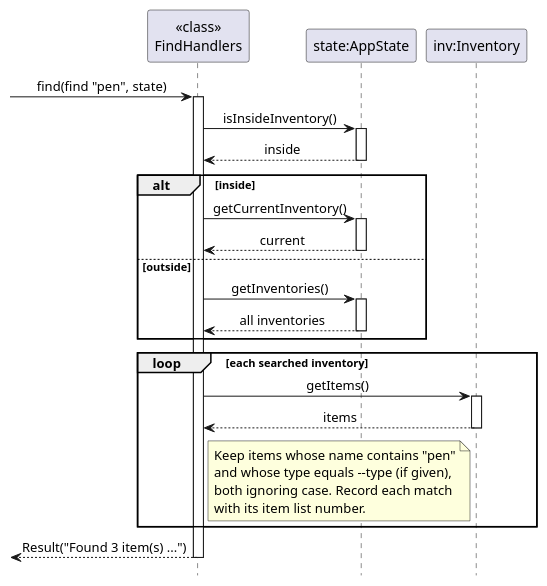
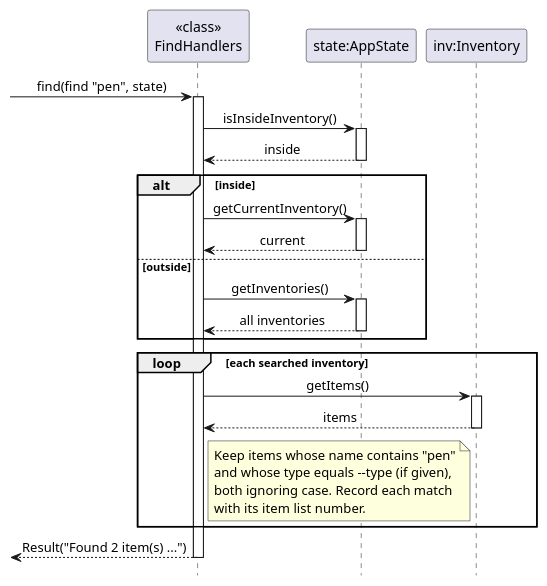
Before and after one commit to AY2627S1-CS2113-W14-4/tp: the diagram in docs/diagrams/FindSequence.puml, drawn with PlantUML. The commit also changed 10 other files, not shown here.

First line of the commit message:
Bring Developer Guide and diagrams in line with current code

```diff
--- a/docs/diagrams/FindSequence.puml
+++ b/docs/diagrams/FindSequence.puml
@@ -1,43 +1,43 @@
 @startuml
 hide footbox
 skinparam sequenceMessageAlign center
 
 participant "<<class>>\nFindHandlers" as Processor
 participant "state:AppState" as State
 participant "inv:Inventory" as Inventory
 
 [-> Processor : find(find "pen", state)
 activate Processor
 Processor -> State : isInsideInventory()
 activate State
 State --> Processor : inside
 deactivate State
 
 alt inside
     Processor -> State : getCurrentInventory()
     activate State
     State --> Processor : current
     deactivate State
 else outside
     Processor -> State : getInventories()
     activate State
     State --> Processor : all inventories
     deactivate State
 end
 
 loop each searched inventory
     Processor -> Inventory : getItems()
     activate Inventory
     Inventory --> Processor : items
     deactivate Inventory
     note right of Processor
         Keep items whose name contains "pen"
         and whose type equals --type (if given),
         both ignoring case. Record each match
         with its item list number.
     end note
 end
 
-[<-- Processor : Result("Found 3 item(s) ...")
+[<-- Processor : Result("Found 2 item(s) ...")
 deactivate Processor
 @enduml
```
